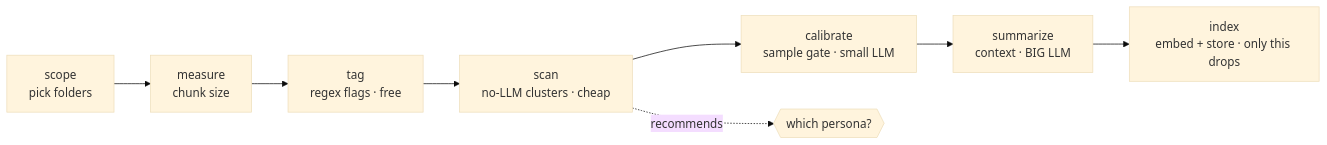
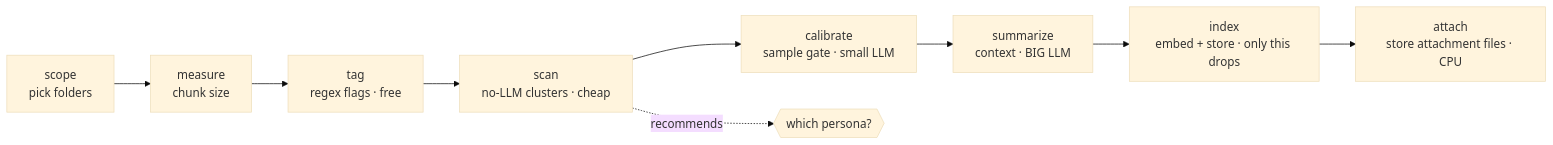
One commit to fmasi/mailrag changed the diagram in docs/GUIDE.md. Above: the diagram before and after it, drawn with Mermaid (base theme). The commit also changed other lines of this file and 21 other files, not shown here.

First line of the commit message:
feat(recipes): every recipe ends by building the attachment store (#231)

````diff
--- a/docs/GUIDE.md
+++ b/docs/GUIDE.md
@@ -20,10 +20,11 @@
 ```mermaid
 flowchart LR
     scope[scope<br/>pick folders] --> measure[measure<br/>chunk size]
     measure --> tag[tag<br/>regex flags · free]
     tag --> scan[scan<br/>no-LLM clusters · cheap]
     scan --> calibrate[calibrate<br/>sample gate · small LLM]
     calibrate --> summarize[summarize<br/>context · BIG LLM]
     summarize --> index[index<br/>embed + store · only this drops]
+    index --> attach[attach<br/>store attachment files · CPU]
     scan -. recommends .-> persona{{which persona?}}
 ```
````
